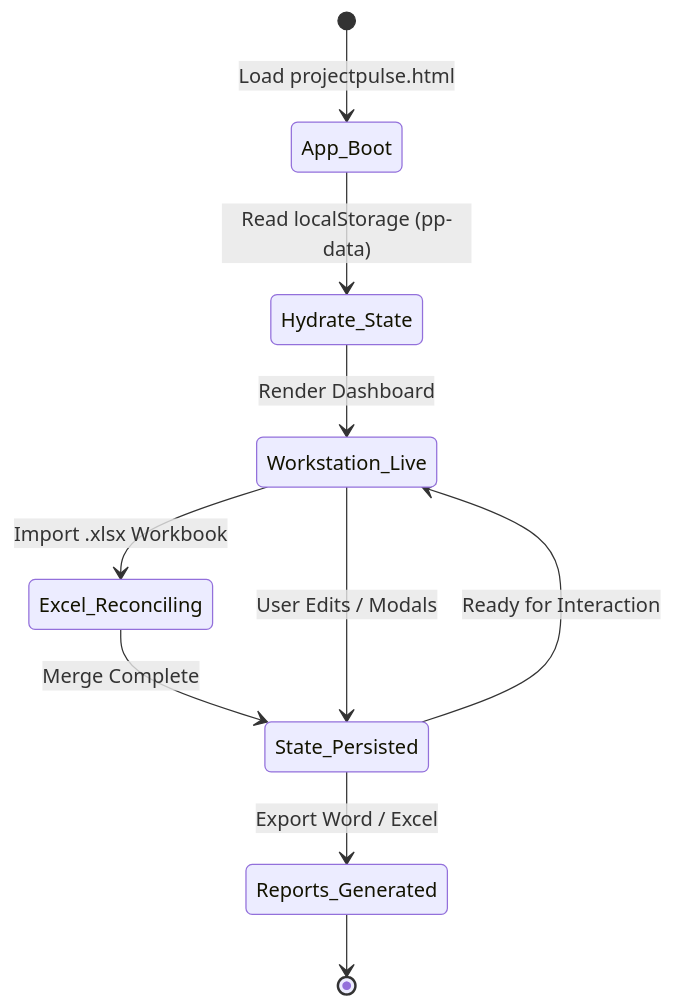
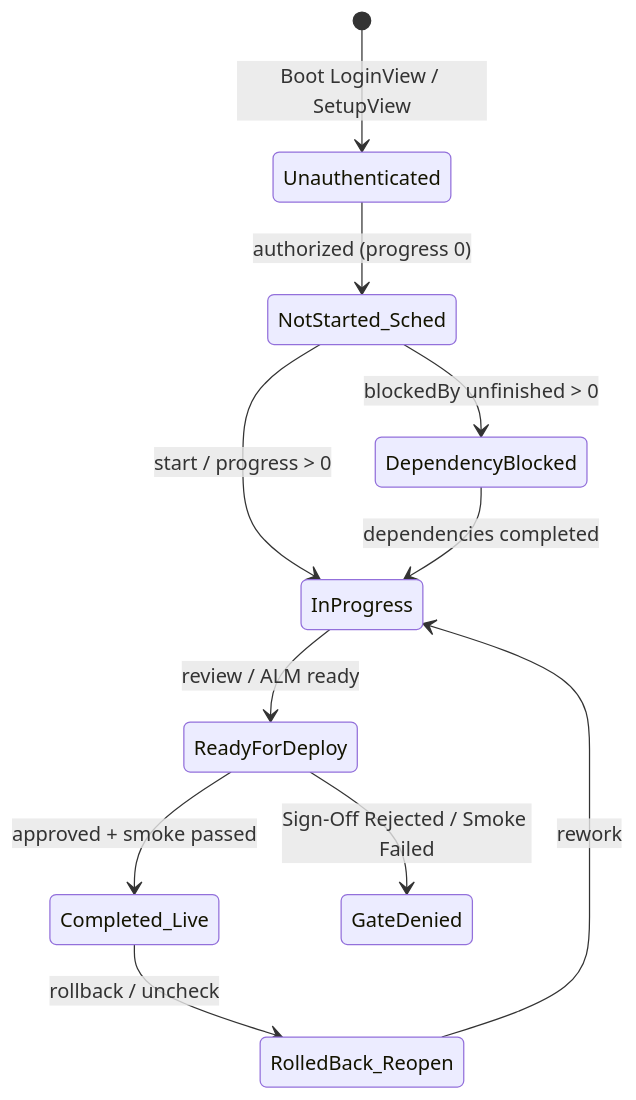
The fifth of 5 diagrams in wiki/Architecture-and-System-Design.md (manvenpratap/ProjectPulse), drawn with Mermaid before and after one commit. The commit also changed other lines of this file and 23 other files, not shown here.

Commit message:
docs: add comprehensive product capability and specification manual, sync wiki and archify diagrams

````diff
--- a/wiki/Architecture-and-System-Design.md
+++ b/wiki/Architecture-and-System-Design.md
@@ -134,12 +96,13 @@
 ```mermaid
 stateDiagram-v2
-    [*] --> App_Boot: Load projectpulse.html
-    App_Boot --> Hydrate_State: Read localStorage (pp-data)
-    Hydrate_State --> Workstation_Live: Render Dashboard
-    Workstation_Live --> Excel_Reconciling: Import .xlsx Workbook
-    Excel_Reconciling --> State_Persisted: Merge Complete
-    Workstation_Live --> State_Persisted: User Edits / Modals
-    State_Persisted --> Workstation_Live: Ready for Interaction
-    State_Persisted --> Reports_Generated: Export Word / Excel
-    Reports_Generated --> [*]
+    [*] --> Unauthenticated: Boot LoginView / SetupView
+    Unauthenticated --> NotStarted_Sched: authorized (progress 0)
+    NotStarted_Sched --> InProgress: start / progress > 0
+    NotStarted_Sched --> DependencyBlocked: blockedBy unfinished > 0
+    DependencyBlocked --> InProgress: dependencies completed
+    InProgress --> ReadyForDeploy: review / ALM ready
+    ReadyForDeploy --> Completed_Live: approved + smoke passed
+    ReadyForDeploy --> GateDenied: Sign-Off Rejected / Smoke Failed
+    Completed_Live --> RolledBack_Reopen: rollback / uncheck
+    RolledBack_Reopen --> InProgress: rework
 ```
````
